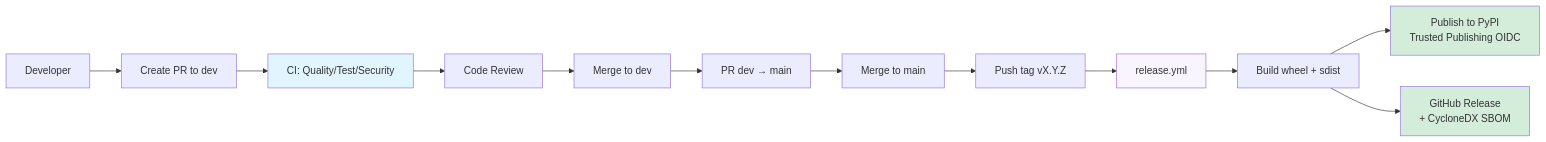
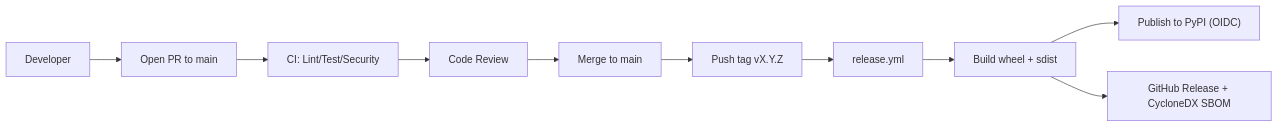
One commit to TheDataEngineX/dex changed the diagram in docs/ci-cd.md. Above: the diagram before and after it, drawn with Mermaid. The commit also changed other lines of this file and 59 other files, not shown here.

````diff
--- a/docs/ci-cd.md
+++ b/docs/ci-cd.md
@@ -32,19 +14,12 @@
 ```mermaid
 graph LR
-    Dev[Developer] --> PR[Create PR to dev]
-    PR --> CI[CI: Quality/Test/Security]
+    Dev[Developer] --> PR[Open PR to main]
+    PR --> CI[CI: Lint/Test/Security]
     CI --> Review[Code Review]
-    Review --> MergeDev[Merge to dev]
-    MergeDev --> PRMain[PR dev → main]
-    PRMain --> MergeMain[Merge to main]
-    MergeMain --> Tag[Push tag vX.Y.Z]
+    Review --> Merge["Merge to main"]
+    Merge --> Tag["Push tag vX.Y.Z"]
     Tag --> Release[release.yml]
-    Release --> Build[Build wheel + sdist]
-    Build --> PyPI[Publish to PyPI<br/>Trusted Publishing OIDC]
-    Build --> GHRelease[GitHub Release<br/>+ CycloneDX SBOM]
-
-    style CI fill:#e1f5ff
-    style Release fill:#f8f5ff
-    style PyPI fill:#d4edda
-    style GHRelease fill:#d4edda
+    Release --> Build["Build wheel + sdist"]
+    Build --> PyPI["Publish to PyPI (OIDC)"]
+    Build --> GHRelease["GitHub Release + CycloneDX SBOM"]
 ```
````
